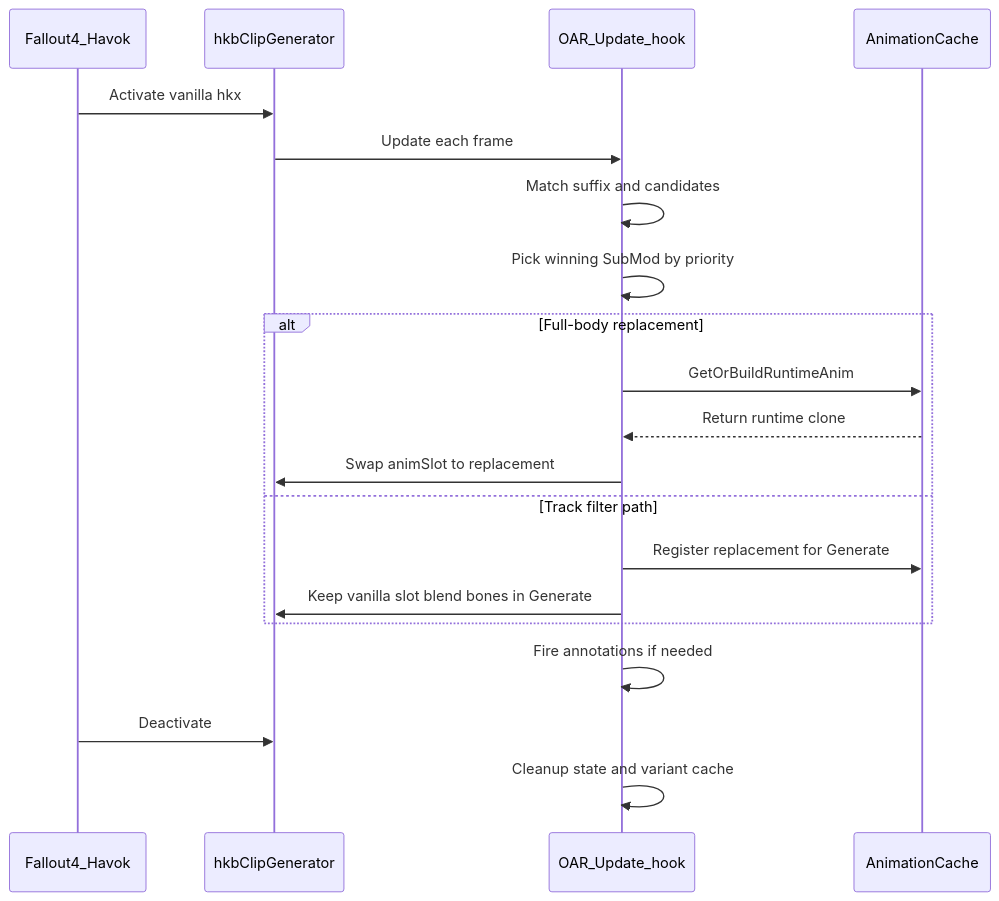
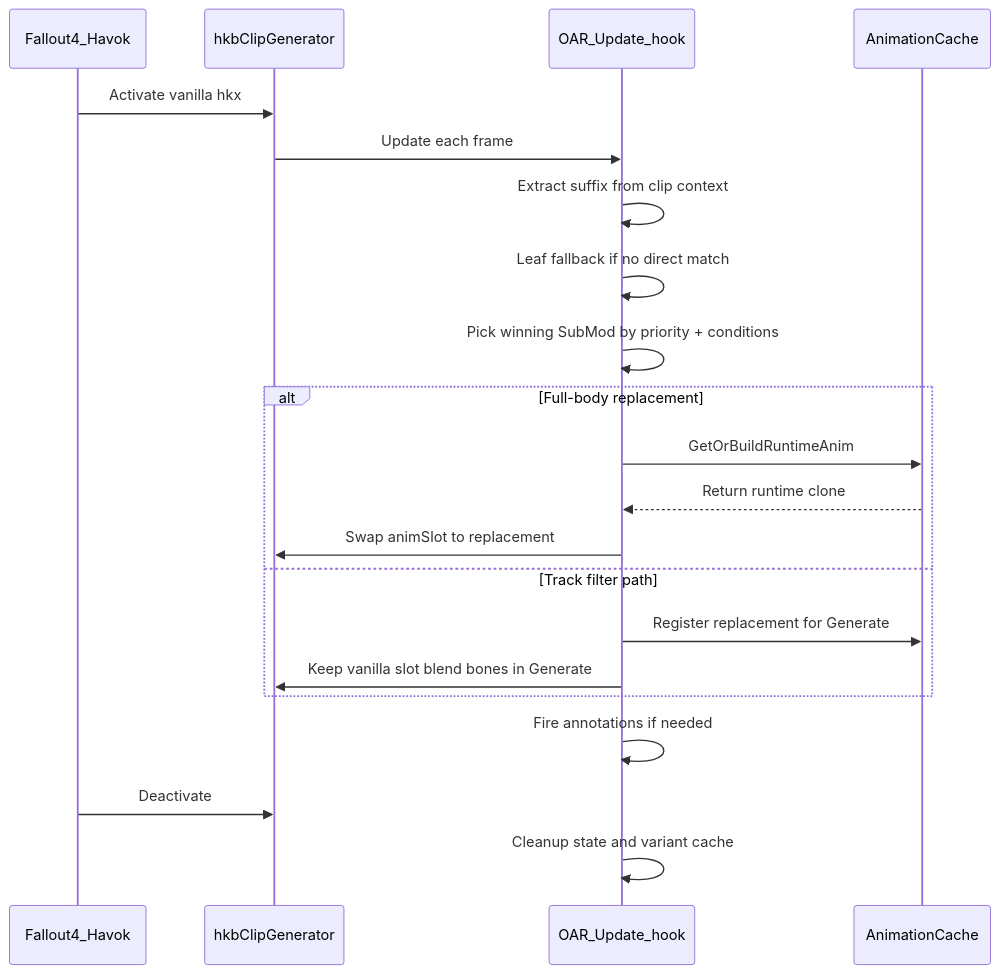
The third of 6 diagrams in README.md (DCCStudios/F4-OpenAnimationReplacer), drawn with Mermaid before and after one commit. The commit also changed other lines of this file, not shown here.

````diff
--- a/README.md
+++ b/README.md
@@ -96,23 +113,24 @@
 ```mermaid
 sequenceDiagram
     participant Game as Fallout4_Havok
     participant Clip as hkbClipGenerator
     participant OAR as OAR_Update_hook
     participant Cache as AnimationCache
 
     Game->>Clip: Activate vanilla hkx
     Clip->>OAR: Update each frame
-    OAR->>OAR: Match suffix and candidates
-    OAR->>OAR: Pick winning SubMod by priority
+    OAR->>OAR: Extract suffix from clip context
+    OAR->>OAR: Leaf fallback if no direct match
+    OAR->>OAR: Pick winning SubMod by priority + conditions
     alt Full-body replacement
         OAR->>Cache: GetOrBuildRuntimeAnim
         Cache-->>OAR: Return runtime clone
         OAR->>Clip: Swap animSlot to replacement
     else Track filter path
         OAR->>Cache: Register replacement for Generate
         OAR->>Clip: Keep vanilla slot blend bones in Generate
     end
     OAR->>OAR: Fire annotations if needed
     Game->>Clip: Deactivate
     OAR->>OAR: Cleanup state and variant cache
 ```
````
